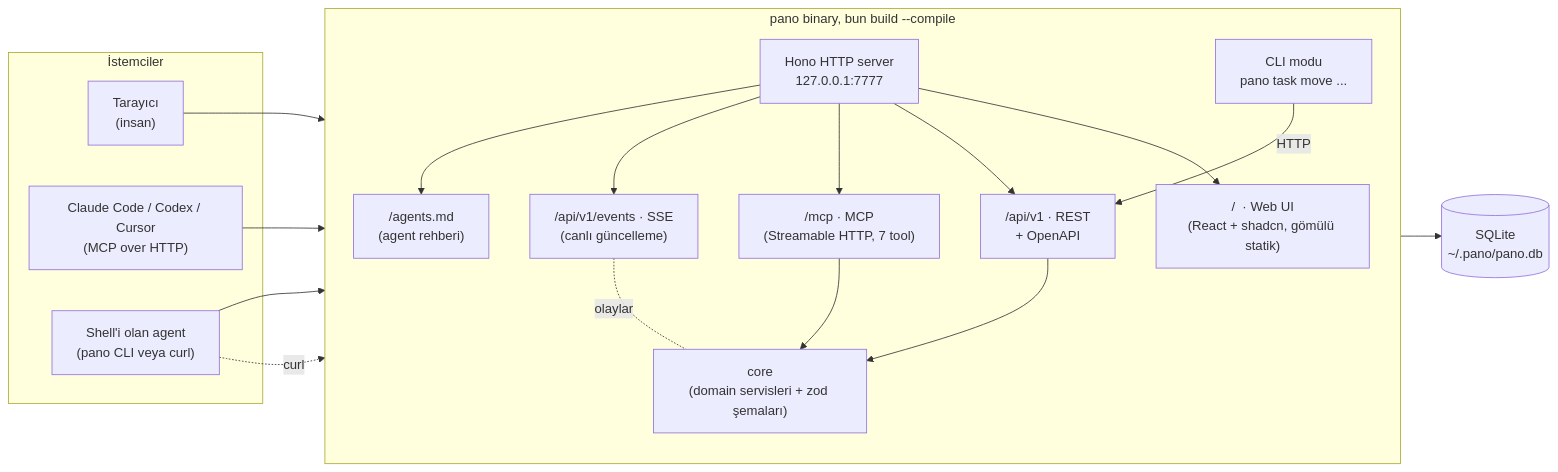
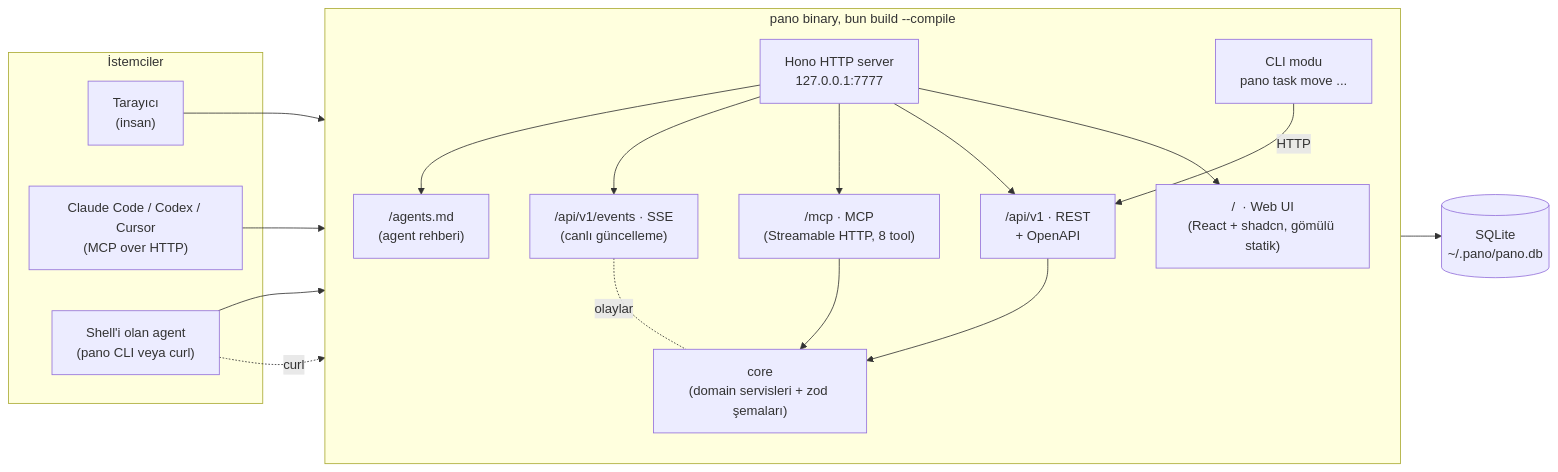
The first of 2 diagrams in docs/architecture.md (Metonya/pano), drawn with Mermaid before and after one commit. The commit also changed other lines of this file and 91 other files, not shown here.

````diff
--- a/docs/architecture.md
+++ b/docs/architecture.md
@@ -11,33 +11,33 @@
 ```mermaid
 flowchart LR
   subgraph Clients["İstemciler"]
     B["Tarayıcı<br/>(insan)"]
     CC["Claude Code / Codex / Cursor<br/>(MCP over HTTP)"]
     SH["Shell'i olan agent<br/>(pano CLI veya curl)"]
   end
 
   subgraph Bin["pano binary, bun build --compile"]
     direction TB
     H["Hono HTTP server<br/>127.0.0.1:7777"]
     WEB["/  · Web UI<br/>(React + shadcn, gömülü statik)"]
     API["/api/v1 · REST<br/>+ OpenAPI"]
-    MCP["/mcp · MCP<br/>(Streamable HTTP, 7 tool)"]
+    MCP["/mcp · MCP<br/>(Streamable HTTP, 8 tool)"]
     SSE["/api/v1/events · SSE<br/>(canlı güncelleme)"]
     DOC["/agents.md<br/>(agent rehberi)"]
     CORE["core<br/>(domain servisleri + zod şemaları)"]
     CLI["CLI modu<br/>pano task move ..."]
     H --> WEB & API & MCP & SSE & DOC
     API --> CORE
     MCP --> CORE
     SSE -.olaylar.- CORE
   end
 
   DB[("SQLite<br/>~/.pano/pano.db")]
 
   B --> H
   CC --> MCP
   SH --> CLI
   SH -.curl.-> API
   CLI -->|HTTP| API
   CORE --> DB
 ```
````
